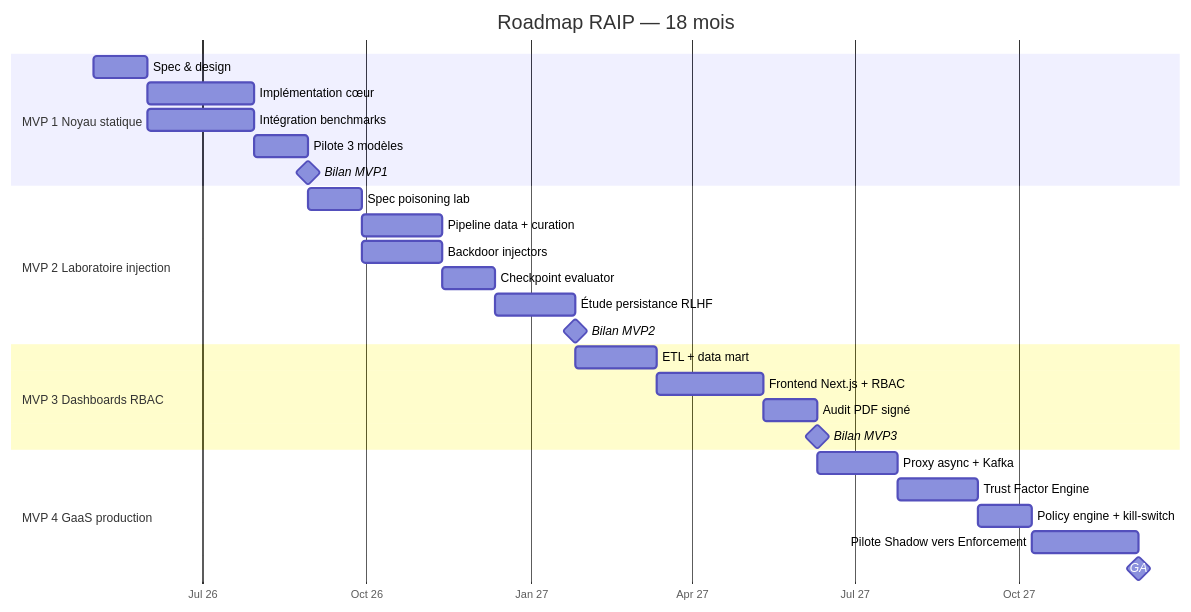
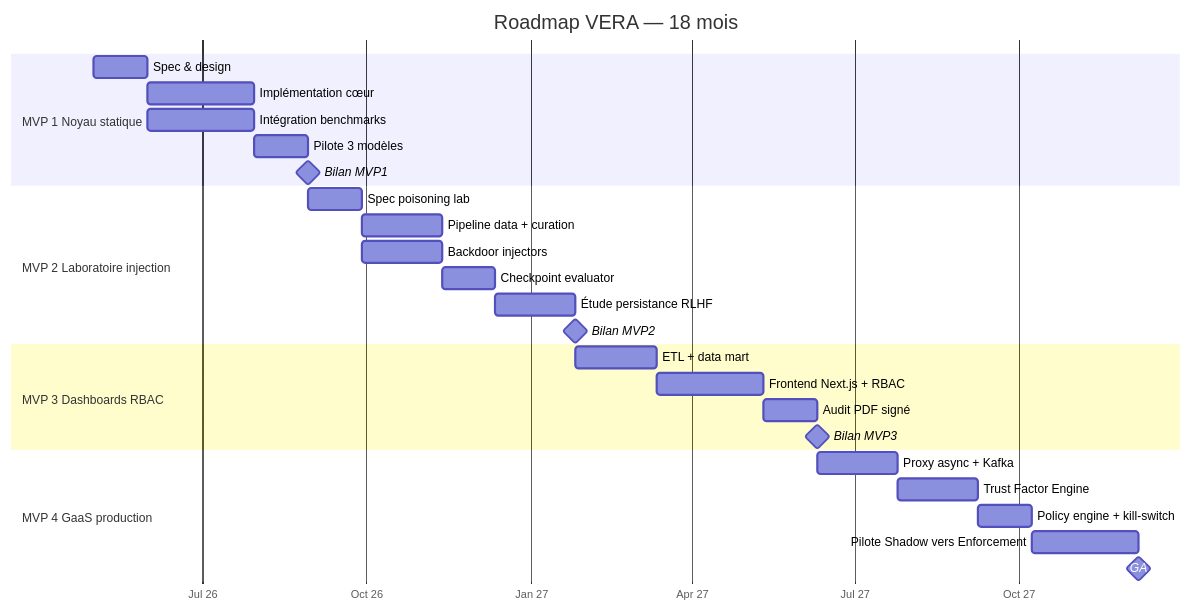
The eighth of 8 diagrams in docs/ROADMAP.md (Rqbln/VERA), drawn with Mermaid before and after one commit. The commit also changed other lines of this file and 26 other files, not shown here.

Commit message:
docs: rename RAIP -> VERA across documentation and report

````diff
--- a/docs/ROADMAP.md
+++ b/docs/ROADMAP.md
@@ -483,34 +483,34 @@
 ```mermaid
 gantt
-    title Roadmap RAIP — 18 mois
+    title Roadmap VERA — 18 mois
     dateFormat  YYYY-MM-DD
     axisFormat  %b %y
 
     section MVP 1 Noyau statique
     Spec & design               :a1, 2026-05-01, 30d
     Implémentation cœur         :a2, after a1, 60d
     Intégration benchmarks      :a3, after a1, 60d
     Pilote 3 modèles            :a4, after a2, 30d
     Bilan MVP1                  :milestone, after a4, 0d
 
     section MVP 2 Laboratoire injection
     Spec poisoning lab          :b1, after a4, 30d
     Pipeline data + curation    :b2, after b1, 45d
     Backdoor injectors          :b3, after b1, 45d
     Checkpoint evaluator        :b4, after b2, 30d
     Étude persistance RLHF      :b5, after b4, 45d
     Bilan MVP2                  :milestone, after b5, 0d
 
     section MVP 3 Dashboards RBAC
     ETL + data mart             :c1, after b5, 45d
     Frontend Next.js + RBAC     :c2, after c1, 60d
     Audit PDF signé             :c3, after c2, 30d
     Bilan MVP3                  :milestone, after c3, 0d
 
     section MVP 4 GaaS production
     Proxy async + Kafka         :d1, after c3, 45d
     Trust Factor Engine         :d2, after d1, 45d
     Policy engine + kill-switch :d3, after d2, 30d
     Pilote Shadow vers Enforcement :d4, after d3, 60d
     GA                          :milestone, after d4, 0d
 ```
````
